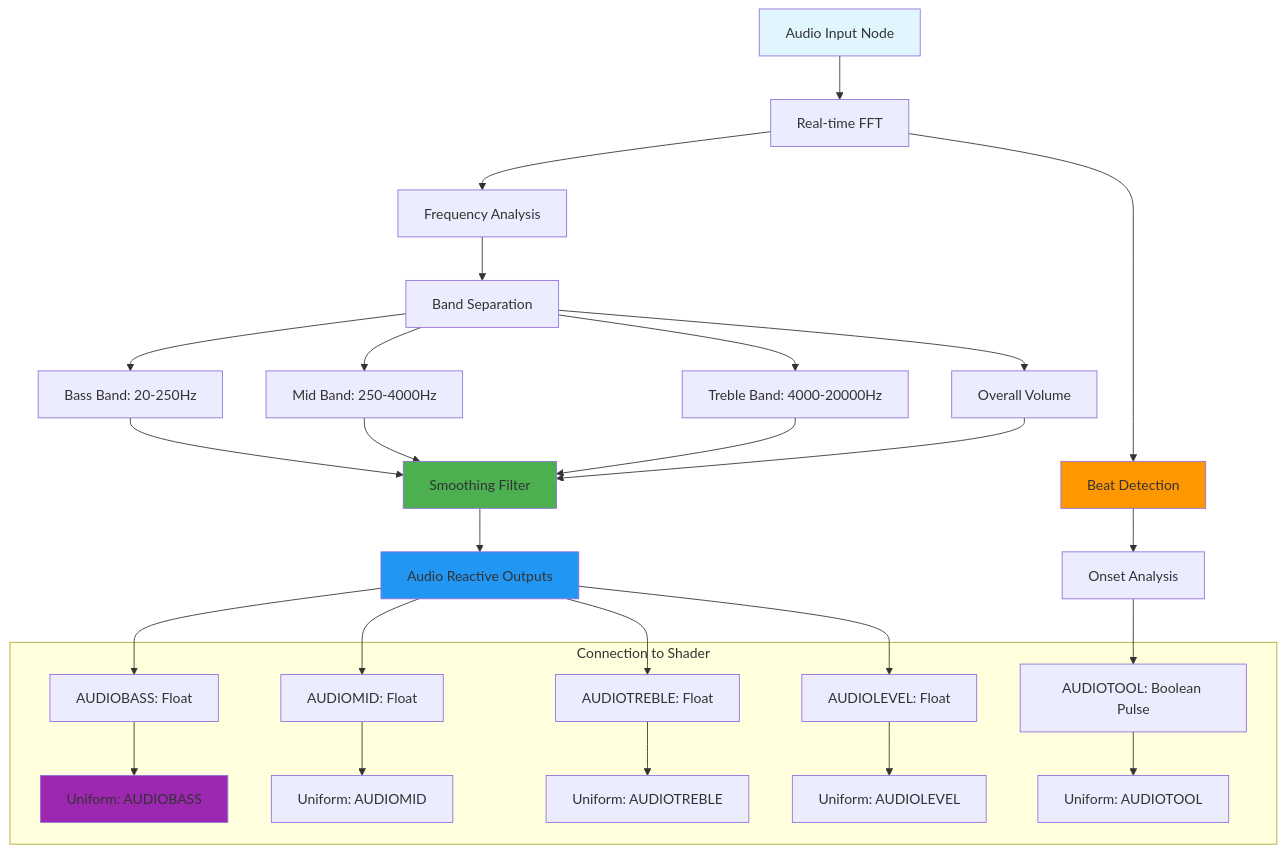
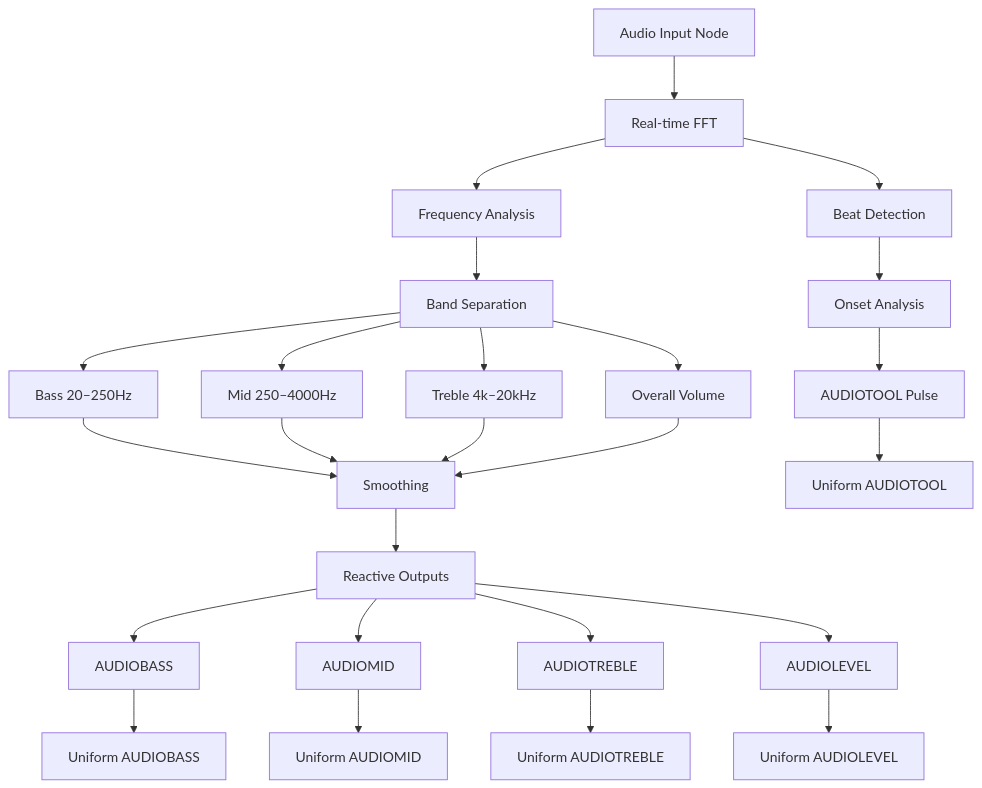
Before and after one commit to compiling-org/WGSL-Shader-Studio: the ninth of 14 diagrams in docs/NODE_BASED_SYSTEM_ARCHITECTURE.md, drawn with Mermaid. The commit also changed other lines of this file and 37 other files, not shown here.

Commit message:
docs: reality-aligned content updates; diagrams unchanged; roadmap fix; systems reference wiring; PRD narrative adjusted; tech-arch reference note

````diff
--- a/docs/NODE_BASED_SYSTEM_ARCHITECTURE.md
+++ b/docs/NODE_BASED_SYSTEM_ARCHITECTURE.md
@@ -344,40 +214,27 @@
 ```mermaid
-graph TD
+flowchart TD
     A[Audio Input Node] --> B[Real-time FFT]
     B --> C[Frequency Analysis]
     C --> D[Band Separation]
-    
-    D --> E[Bass Band: 20-250Hz]
-    D --> F[Mid Band: 250-4000Hz]
-    D --> G[Treble Band: 4000-20000Hz]
+    D --> E[Bass 20–250Hz]
+    D --> F[Mid 250–4000Hz]
+    D --> G[Treble 4k–20kHz]
     D --> H[Overall Volume]
-    
-    E --> I[Smoothing Filter]
+    E --> I[Smoothing]
     F --> I
     G --> I
     H --> I
-    
-    I --> J[Audio Reactive Outputs]
-    J --> K[AUDIOBASS: Float]
-    J --> L[AUDIOMID: Float]
-    J --> M[AUDIOTREBLE: Float]
-    J --> N[AUDIOLEVEL: Float]
-    
+    I --> J[Reactive Outputs]
+    J --> K[AUDIOBASS]
+    J --> L[AUDIOMID]
+    J --> M[AUDIOTREBLE]
+    J --> N[AUDIOLEVEL]
     B --> O[Beat Detection]
     O --> P[Onset Analysis]
-    P --> Q[AUDIOTOOL: Boolean Pulse]
-    
-    subgraph "Connection to Shader"
-        K --> R[Uniform: AUDIOBASS]
-        L --> S[Uniform: AUDIOMID]
-        M --> T[Uniform: AUDIOTREBLE]
-        N --> U[Uniform: AUDIOLEVEL]
-        Q --> V[Uniform: AUDIOTOOL]
-    end
-    
-    style A fill:#e1f5fe
-    style I fill:#4caf50
-    style J fill:#2196f3
-    style O fill:#ff9800
-    style R fill:#9c27b0
+    P --> Q[AUDIOTOOL Pulse]
+    K --> R[Uniform AUDIOBASS]
+    L --> S[Uniform AUDIOMID]
+    M --> T[Uniform AUDIOTREBLE]
+    N --> U[Uniform AUDIOLEVEL]
+    Q --> V[Uniform AUDIOTOOL]
 ```
````
